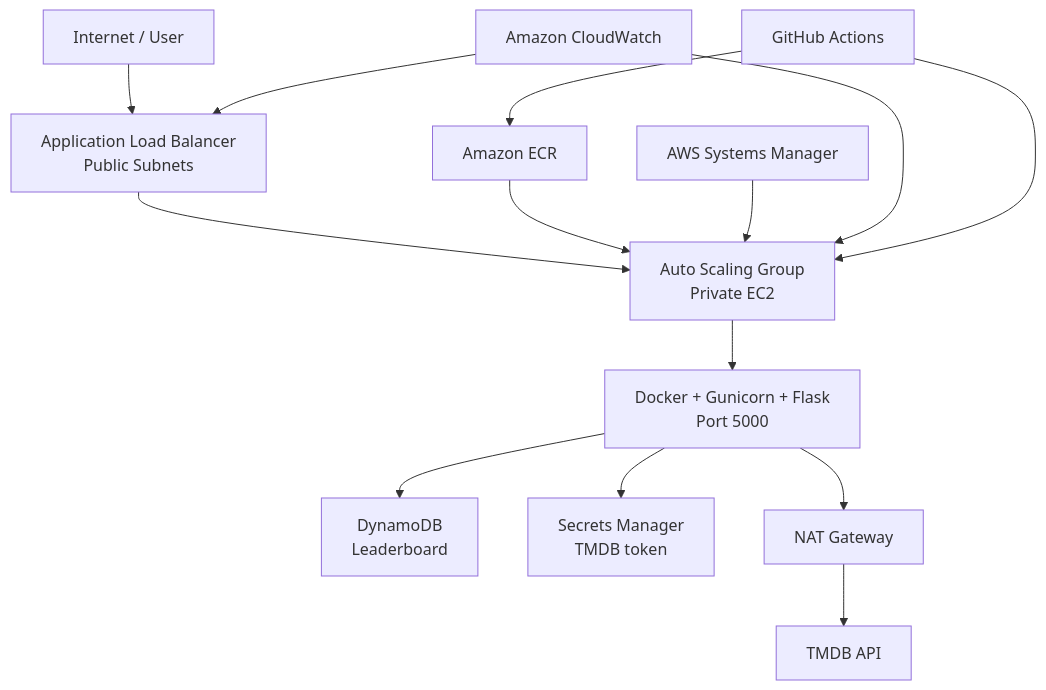
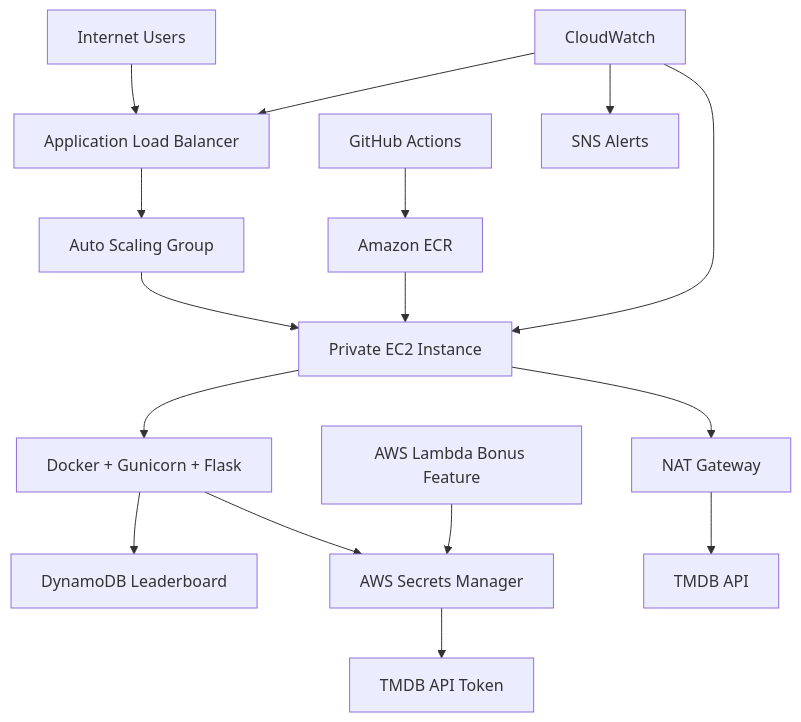
One commit to HafizAQ/cloudmovie-challenge changed the diagram in README.md. Above: the diagram before and after it, drawn with Mermaid. The commit also changed other lines of this file, not shown here.

````diff
--- a/README.md
+++ b/README.md
@@ -24,19 +73,44 @@
 ```mermaid
 flowchart TD
-    U[Internet / User] --> ALB[Application Load Balancer\nPublic Subnets]
-    ALB --> ASG[Auto Scaling Group\nPrivate EC2]
-    ASG --> APP[Docker + Gunicorn + Flask\nPort 5000]
 
-    ECR[Amazon ECR] --> ASG
-    APP --> DDB[DynamoDB\nLeaderboard]
-    APP --> SM[Secrets Manager\nTMDB token]
-    APP --> NAT[NAT Gateway]
-    NAT --> TMDB[TMDB API]
+USER[Internet Users]
 
-    SSM[AWS Systems Manager] --> ASG
-    CW[Amazon CloudWatch] --> ASG
-    CW --> ALB
+USER --> ALB[Application Load Balancer]
 
-    GH[GitHub Actions] --> ECR
-    GH --> ASG
+ALB --> ASG[Auto Scaling Group]
+
+ASG --> EC2[Private EC2 Instance]
+
+EC2 --> DOCKER[Docker + Gunicorn + Flask]
+
+DOCKER --> DDB[DynamoDB Leaderboard]
+
+DOCKER --> SM[AWS Secrets Manager]
+
+SM --> TOKEN[TMDB API Token]
+
+EC2 --> NAT[NAT Gateway]
+
+NAT --> TMDB[TMDB API]
+
+
+GH[GitHub Actions]
+
+GH --> ECR[Amazon ECR]
+
+ECR --> EC2
+
+
+CW[CloudWatch]
+
+CW --> EC2
+CW --> ALB
+
+SNS[SNS Alerts]
+
+CW --> SNS
+
+LAMBDA[AWS Lambda Bonus Feature]
+
+LAMBDA --> SM
 ```
````
